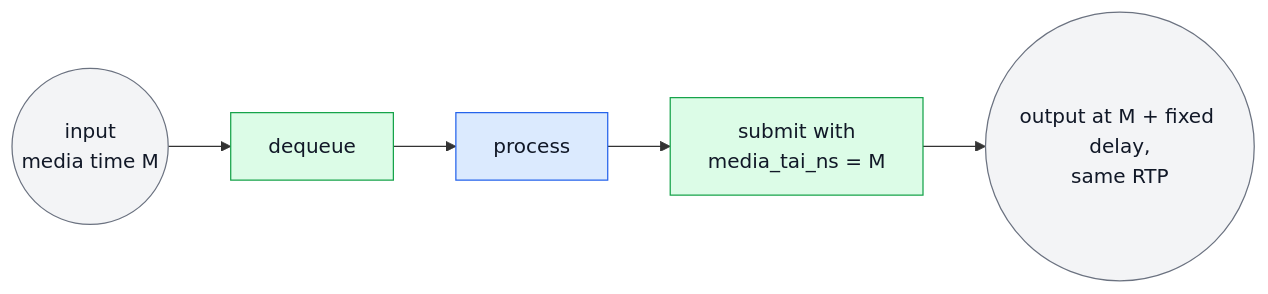
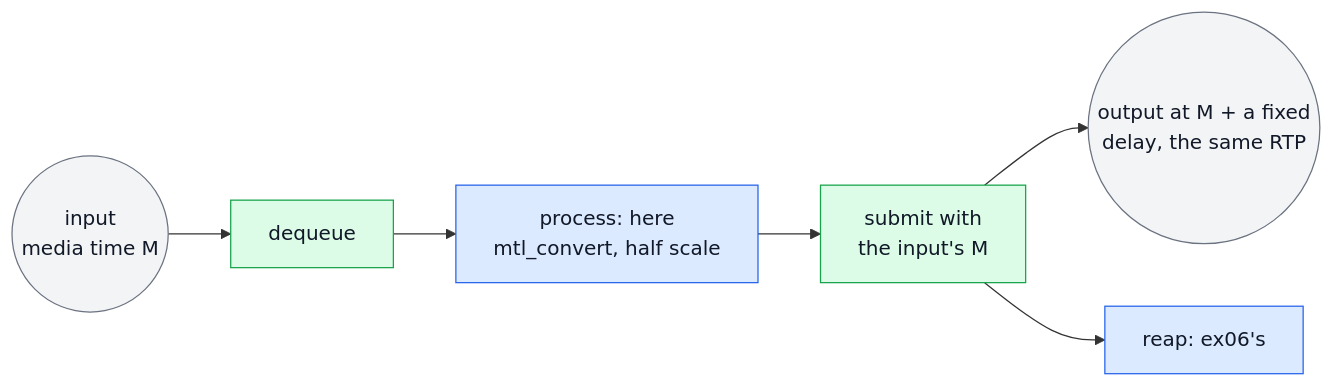
Diagram 23 of 25 in doc/unified-api/examples.md (Sakoram/Media-Transport-Library), drawn with Mermaid before and after one commit. The commit also changed other lines of this file and 52 other files, not shown here.

````diff
--- a/doc/unified-api/examples.md
+++ b/doc/unified-api/examples.md
@@ -1202,10 +2955,11 @@
 ```mermaid
 flowchart LR
     I(("input<br/>media time M")):::net --> D["dequeue"]:::mtl
-    D --> P["process"]:::app
-    P --> S["submit with<br/>media_tai_ns = M"]:::mtl
-    S --> O(("output at M + fixed delay,<br/>same RTP")):::net
+    D --> P["process: here<br/>mtl_convert, half scale"]:::app
+    P --> S["submit with<br/>the input's M"]:::mtl
+    S --> O(("output at M + a fixed<br/>delay, the same RTP")):::net
+    S --> R["reap: ex06's"]:::app
     classDef app fill:#dbeafe,stroke:#2563eb,color:#111827
     classDef mtl fill:#dcfce7,stroke:#16a34a,color:#111827
     classDef net fill:#f3f4f6,stroke:#6b7280,color:#111827
 ```
````
